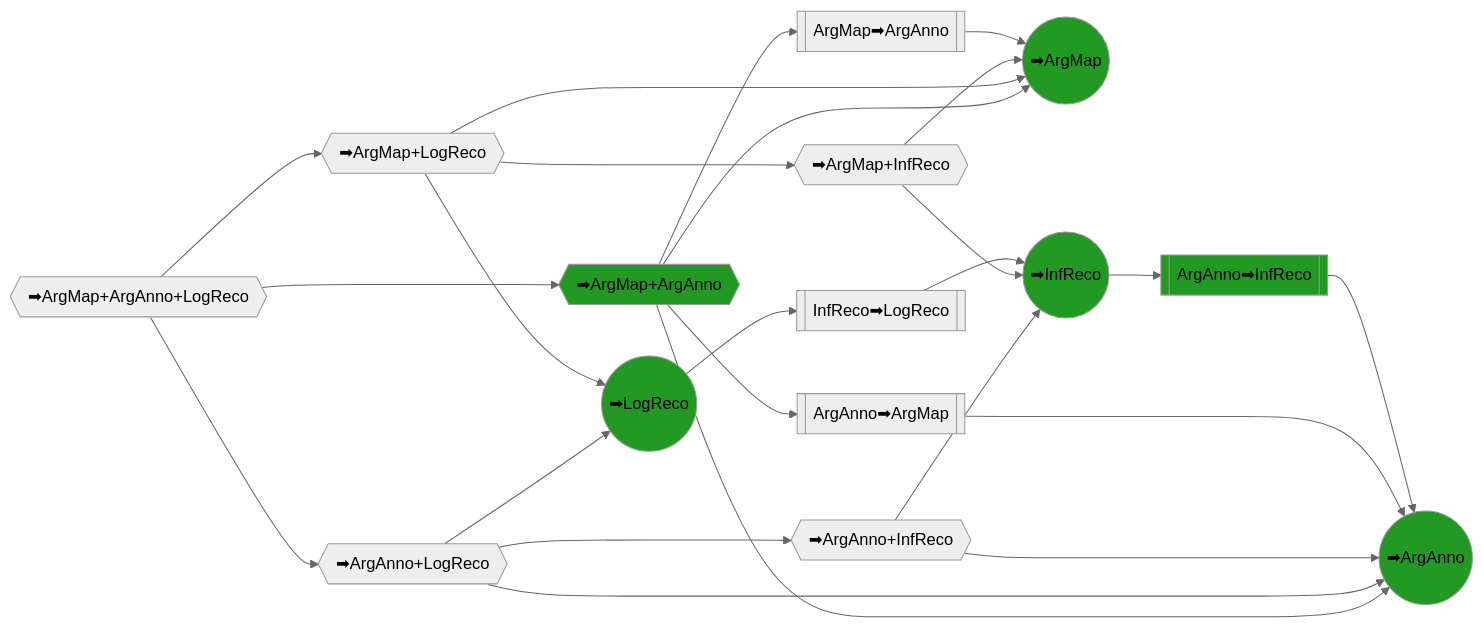
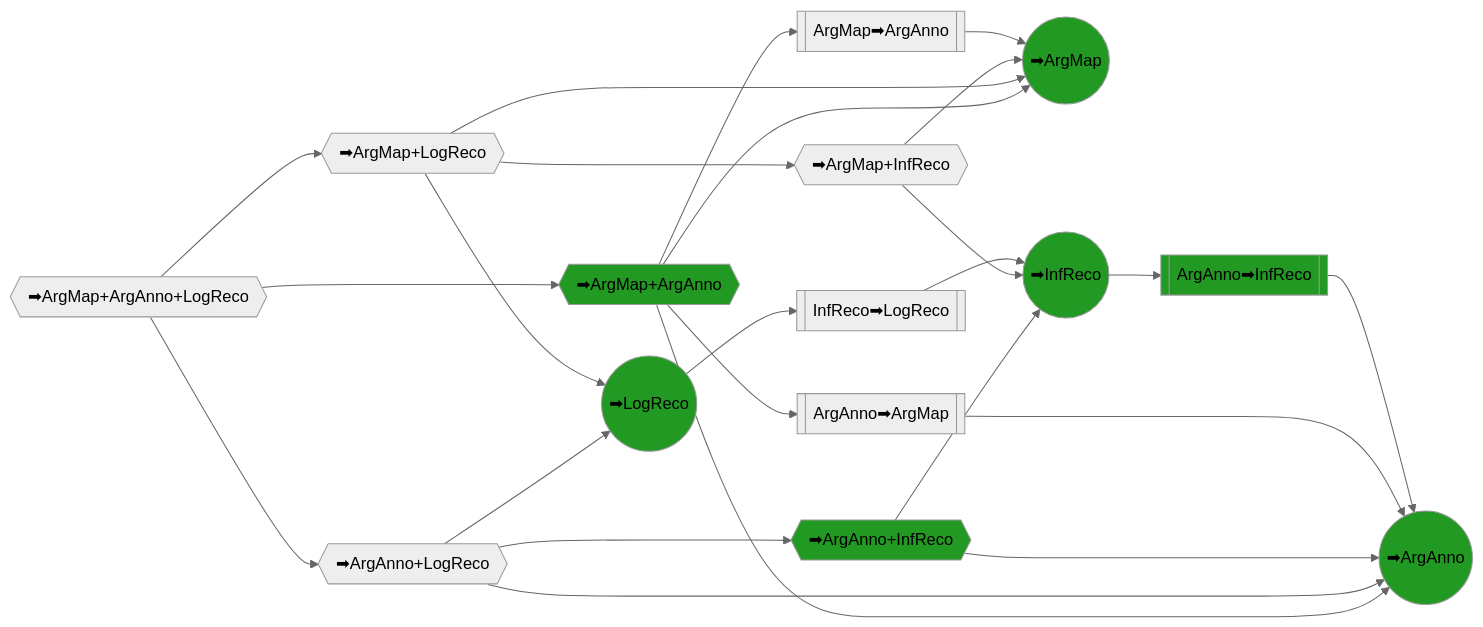
One commit to debatelab/argdown-feedback changed the third of 3 diagrams in README.md. Above: the diagram before and after it, drawn with Mermaid (neutral theme). The commit also changed 19 other files, not shown here.

````diff
--- a/README.md
+++ b/README.md
@@ -53,54 +53,54 @@
 ```mermaid
 flowchart LR
 
 %%Top comprehensive tasks%%
 
 
 T1{{➡ArgMap+ArgAnno+LogReco}}
 
 T2{{➡ArgMap+ArgAnno}}
 T3{{➡ArgAnno+LogReco}}
 T4{{➡ArgMap+LogReco}}
 T9{{➡ArgAnno+InfReco}}
 T10{{➡ArgMap+InfReco}}
 
 T5((➡ArgMap))
 T6((➡ArgAnno))
 T7((➡LogReco))
 T8((➡InfReco))
 
 T1 --> T2 
 T1 --> T3 --> T9
 T1 --> T4 --> T10
 
 T2 --> T5
 T2 --> T6
 T3 --> T6
 T3 --> T7
 T4 --> T5
 T4 --> T7
 T9 --> T6
 T9 --> T8
 T10 --> T5
 T10 --> T8
 
 SE1[[ArgAnno➡ArgMap]]
 T2 --> SE1 --> T6
 
 SE2[[ArgMap➡ArgAnno]]
 T2 --> SE2 --> T5
 
 %%Logical reconstruction exercises%%
 
 SE3[[ArgAnno➡InfReco]]
 T8 --> SE3 --> T6
 
 
 SE4[[InfReco➡LogReco]]
 T7 --> SE4 --> T8
 
 classDef Completed fill:#292;
-class T2,T5,T6,T7,T8,SE3 Completed;
+class T2,T5,T6,T7,T8,T9,SE3 Completed;
 
 
 ```
````
